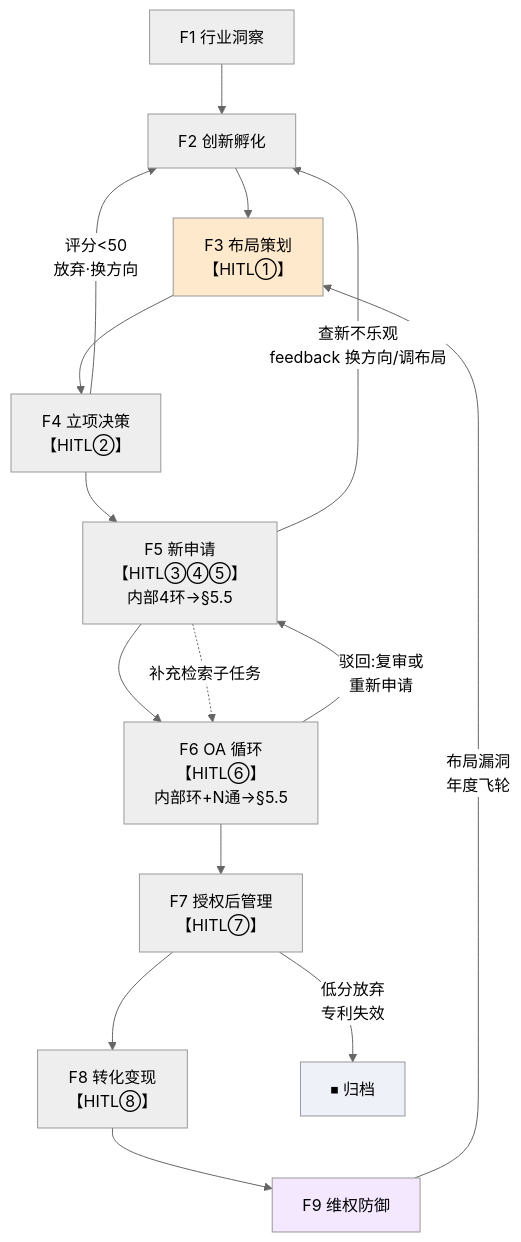
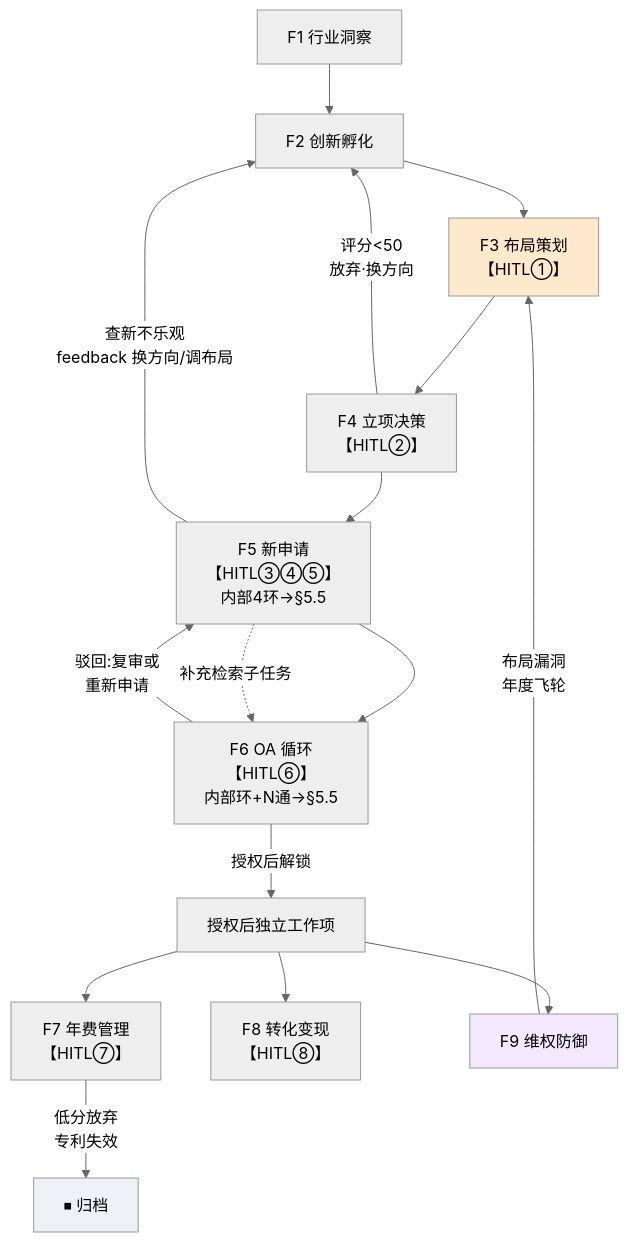
Before and after one commit to Yapeng-Gao/ip-harness: the second of 12 diagrams in docs/architecture/domain-packs/patent-pack-design.md, drawn with Mermaid (neutral theme). The commit also changed other lines of this file and 16 other files, not shown here.

Commit message:
docs(architecture): align patent product specs

````diff
--- a/docs/architecture/domain-packs/patent-pack-design.md
+++ b/docs/architecture/domain-packs/patent-pack-design.md
@@ -89,20 +93,21 @@
 ```mermaid
 flowchart TD
     F1["F1 行业洞察"] --> F2["F2 创新孵化"]
     F2 --> F3["F3 布局策划<br/>【HITL①】"]
     F3 --> F4["F4 立项决策<br/>【HITL②】"]
     F4 --> F5["F5 新申请<br/>【HITL③④⑤】<br/>内部4环→§5.5"]
     F5 --> F6["F6 OA 循环<br/>【HITL⑥】<br/>内部环+N通→§5.5"]
-    F6 --> F7["F7 授权后管理<br/>【HITL⑦】"]
-    F7 --> F8["F8 转化变现<br/>【HITL⑧】"]
-    F8 --> F9["F9 维权防御"]
+    F6 -->|"授权后解锁"| ASSET["授权后独立工作项"]
+    ASSET --> F7["F7 年费管理<br/>【HITL⑦】"]
+    ASSET --> F8["F8 转化变现<br/>【HITL⑧】"]
+    ASSET --> F9["F9 维权防御"]
     F9 -->|"布局漏洞<br/>年度飞轮"| F3
     F4 -->|"评分&lt;50<br/>放弃·换方向"| F2
     F5 -->|"查新不乐观<br/>feedback 换方向/调布局"| F2
     F5 -.->|"补充检索子任务"| F6
     F6 -->|"驳回:复审或<br/>重新申请"| F5
     F7 -->|"低分放弃<br/>专利失效"| END["⏹ 归档"]
     style F3 fill:#ffe9cc
     style F9 fill:#f3e8ff
     style END fill:#eef1f8
 ```
````
